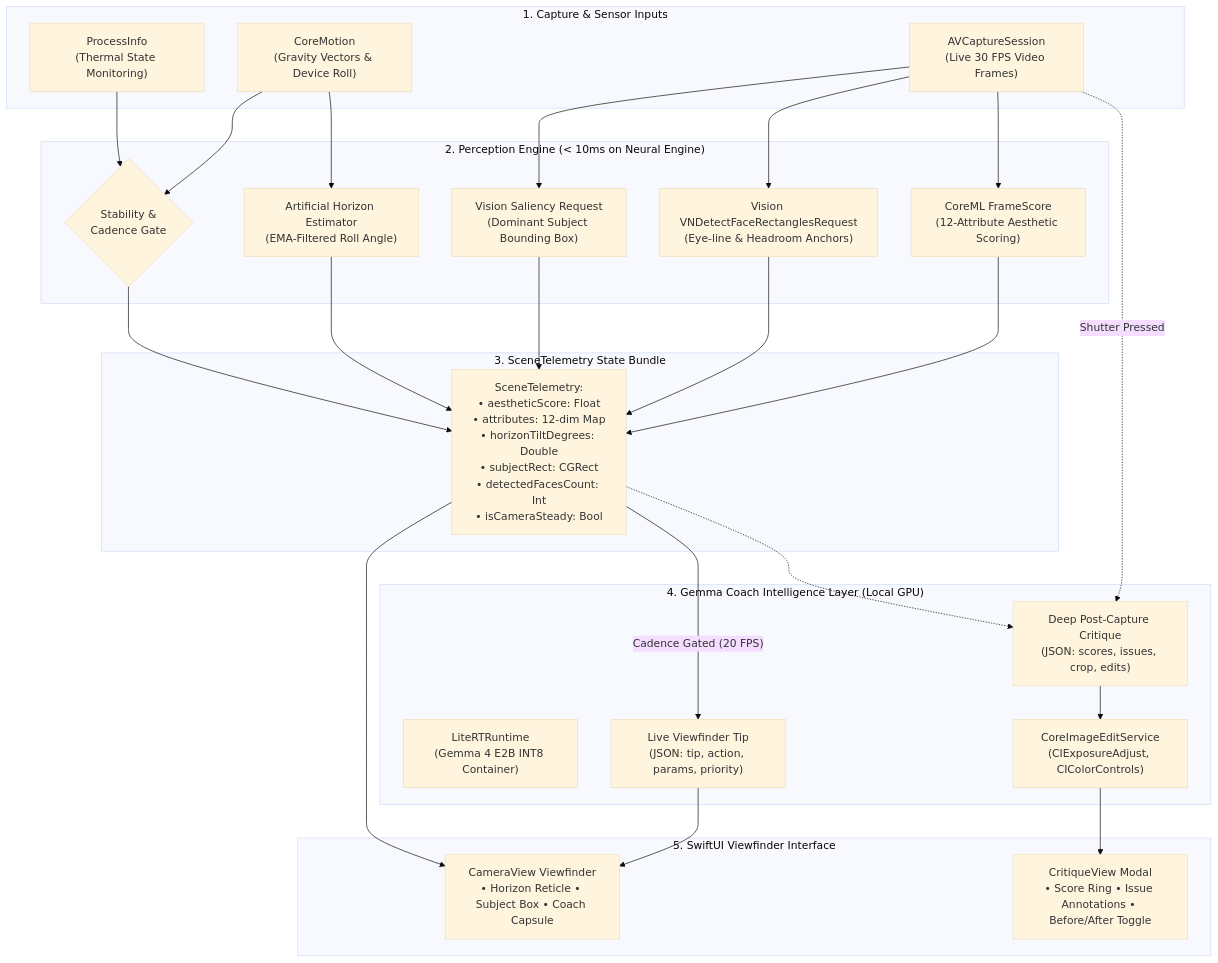
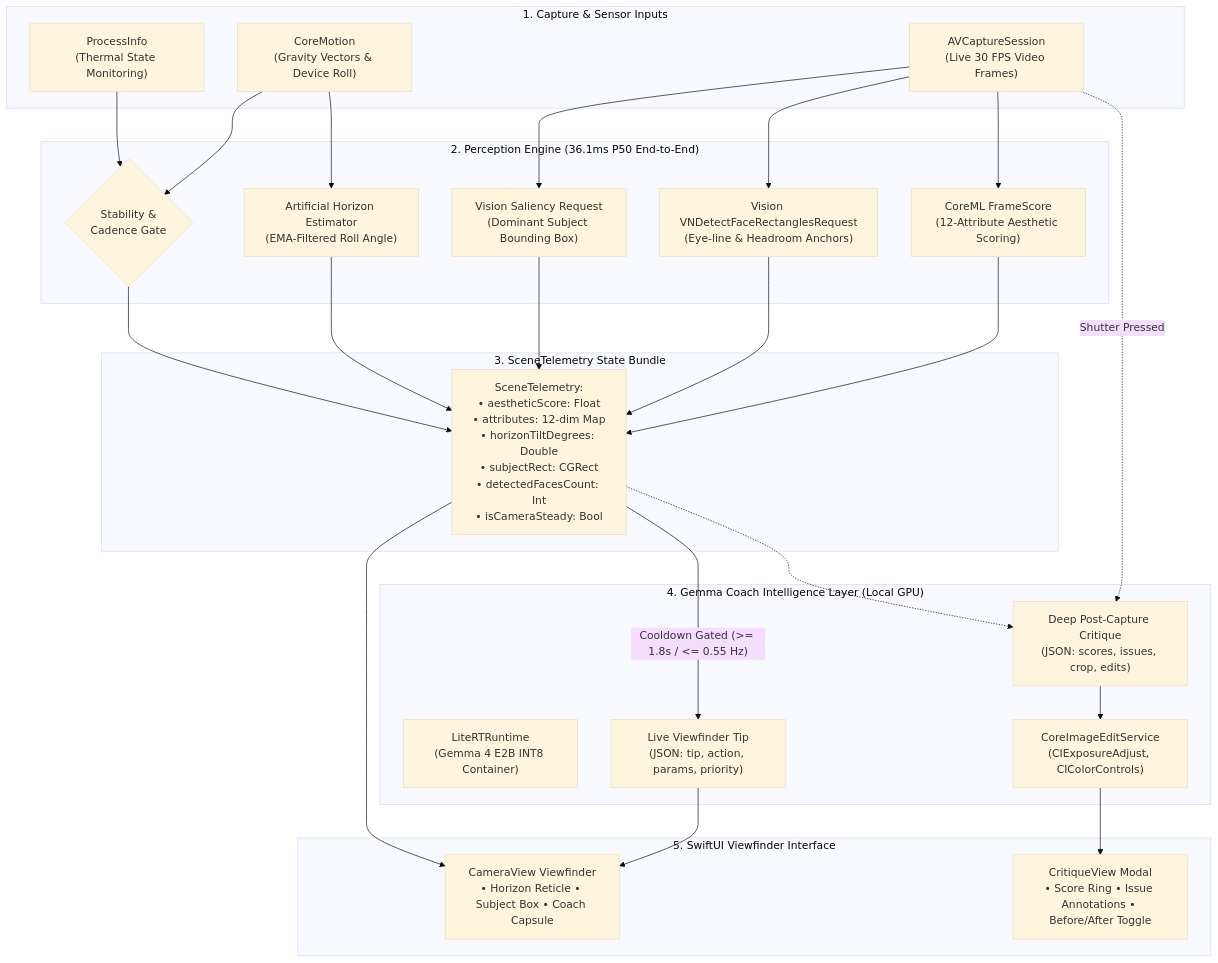
Before and after one commit to VenuArvind/LensCoachV2: the diagram in README.md, drawn with Mermaid (base theme). The commit also changed other lines of this file, not shown here.

Commit message:
docs: align perception latency, cooldown cadence, RSS scope, and pp metrics in README

````diff
--- a/README.md
+++ b/README.md
@@ -93,45 +93,45 @@
 ```mermaid
 flowchart TD
     subgraph SENSORS["1. Capture & Sensor Inputs"]
         CAM["AVCaptureSession<br/>(Live 30 FPS Video Frames)"]
         MOT["CoreMotion<br/>(Gravity Vectors & Device Roll)"]
         THERMAL["ProcessInfo<br/>(Thermal State Monitoring)"]
     end
 
-    subgraph PERCEPTION["2. Perception Engine (< 10ms on Neural Engine)"]
+    subgraph PERCEPTION["2. Perception Engine (36.1ms P50 End-to-End)"]
         FS["CoreML FrameScore<br/>(12-Attribute Aesthetic Scoring)"]
         FACE["Vision VNDetectFaceRectanglesRequest<br/>(Eye-line & Headroom Anchors)"]
         SAL["Vision Saliency Request<br/>(Dominant Subject Bounding Box)"]
         TILT["Artificial Horizon Estimator<br/>(EMA-Filtered Roll Angle)"]
         GATE{"Stability &<br/>Cadence Gate"}
     end
 
     subgraph TELEMETRY["3. SceneTelemetry State Bundle"]
         BUNDLE["SceneTelemetry:<br/>• aestheticScore: Float<br/>• attributes: 12-dim Map<br/>• horizonTiltDegrees: Double<br/>• subjectRect: CGRect<br/>• detectedFacesCount: Int<br/>• isCameraSteady: Bool"]
     end
 
     subgraph COACH["4. Gemma Coach Intelligence Layer (Local GPU)"]
         RUNTIME["LiteRTRuntime<br/>(Gemma 4 E2B INT8 Container)"]
         TIP["Live Viewfinder Tip<br/>(JSON: tip, action, params, priority)"]
         CRITIQUE["Deep Post-Capture Critique<br/>(JSON: scores, issues, crop, edits)"]
         CI["CoreImageEditService<br/>(CIExposureAdjust, CIColorControls)"]
     end
 
     subgraph UI["5. SwiftUI Viewfinder Interface"]
         HUD["CameraView Viewfinder<br/>• Horizon Reticle • Subject Box • Coach Capsule"]
         REVIEW["CritiqueView Modal<br/>• Score Ring • Issue Annotations • Before/After Toggle"]
     end
 
     CAM --> FS & FACE & SAL
     MOT --> TILT & GATE
     THERMAL --> GATE
 
     FS & FACE & SAL & TILT & GATE --> BUNDLE
-    BUNDLE -->|"Cadence Gated (20 FPS)"| TIP
+    BUNDLE -->|"Cooldown Gated (>= 1.8s / <= 0.55 Hz)"| TIP
     TIP --> HUD
     BUNDLE --> HUD
 
     CAM -.->|"Shutter Pressed"| CRITIQUE
     BUNDLE -.-> CRITIQUE
     CRITIQUE --> CI --> REVIEW
 ```
````
